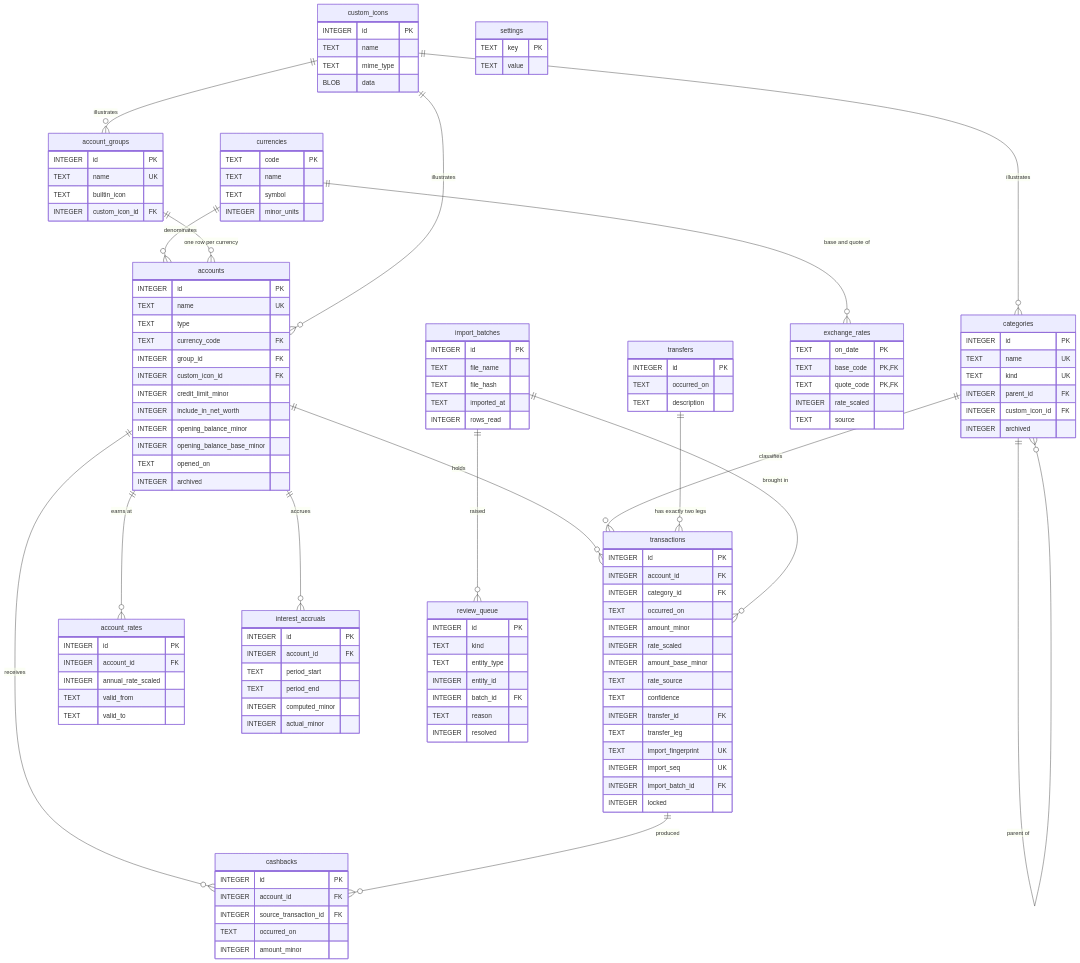
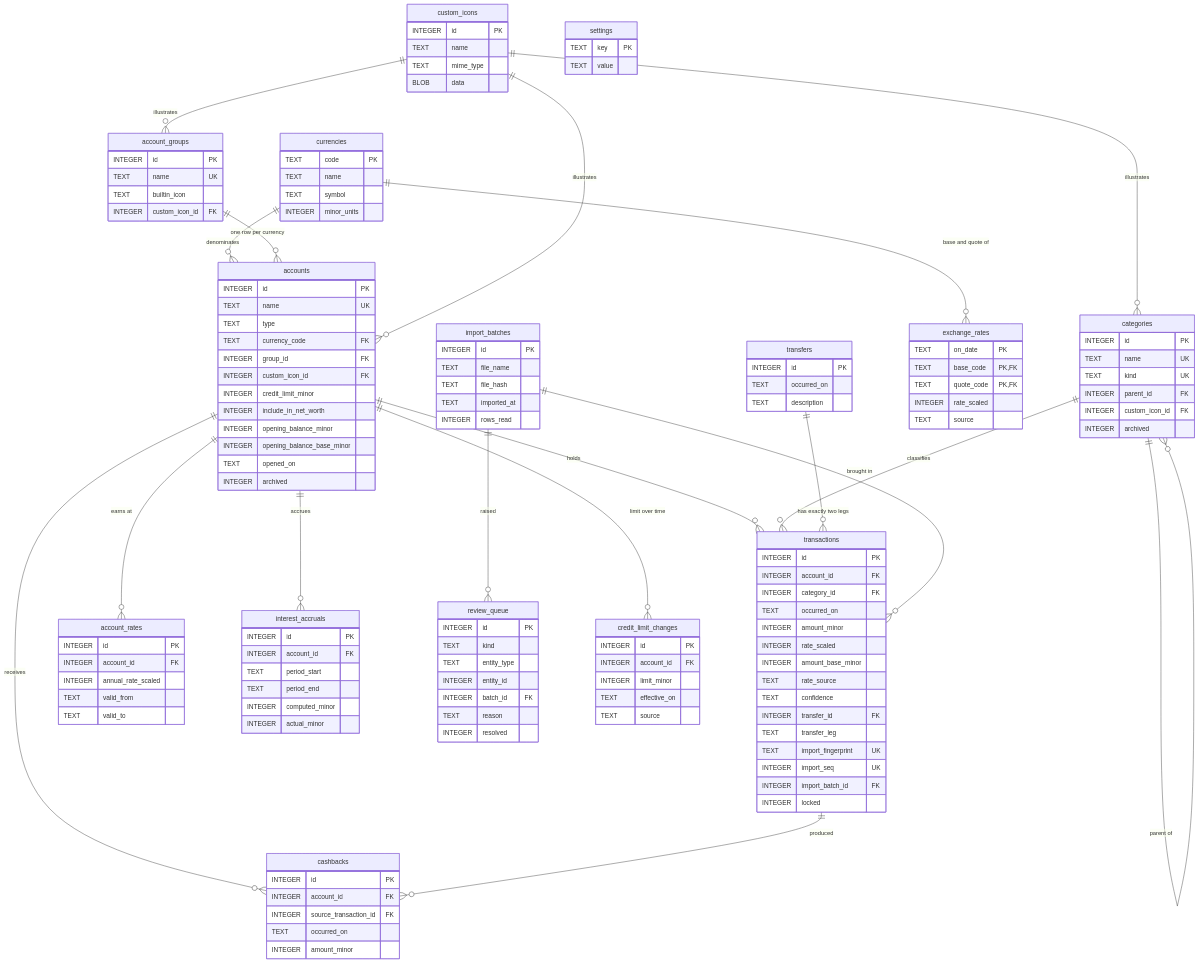
The diagram in docs/06-schema.md (josemoncadaarias/Finance), drawn with Mermaid before and after one commit. The commit also changed other lines of this file and 13 other files, not shown here.

```diff
--- a/docs/06-schema.md
+++ b/docs/06-schema.md
@@ -116,6 +116,13 @@
         TEXT reason
         INTEGER resolved
     }
+    credit_limit_changes {
+        INTEGER id PK
+        INTEGER account_id FK
+        INTEGER limit_minor
+        TEXT effective_on
+        TEXT source
+    }
     settings {
         TEXT key PK
         TEXT value
@@ -131,6 +138,7 @@
     accounts       ||--o{ transactions      : "holds"
     categories     ||--o{ transactions      : "classifies"
     transfers      ||--o{ transactions      : "has exactly two legs"
+    accounts       ||--o{ credit_limit_changes : "limit over time"
     accounts       ||--o{ account_rates     : "earns at"
     accounts       ||--o{ interest_accruals : "accrues"
     accounts       ||--o{ cashbacks         : "receives"
```
